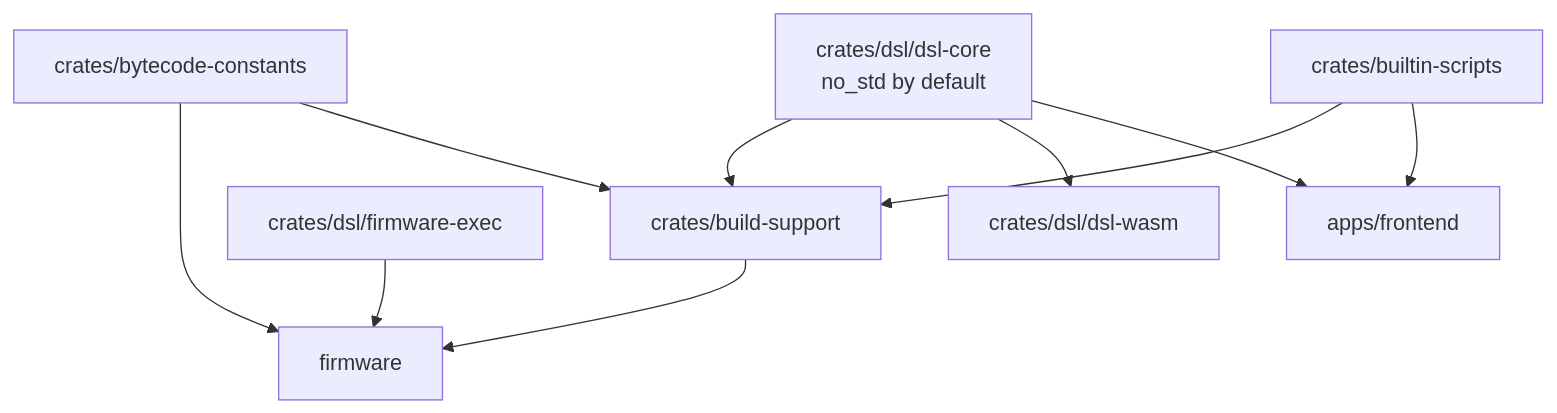
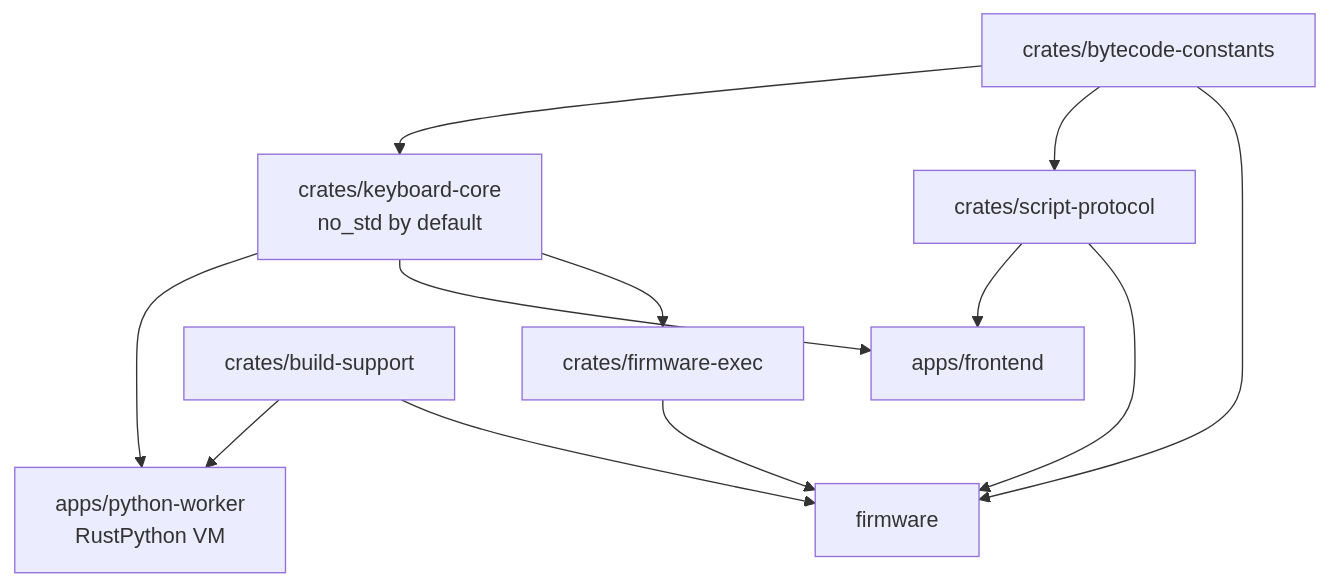
The second of 9 diagrams in docs/ARCHITECTURE.md (mapf0000/pico_plus_2w_blinky), drawn with Mermaid before and after one commit. The commit also changed other lines of this file and 108 other files, not shown here.

````diff
--- a/docs/ARCHITECTURE.md
+++ b/docs/ARCHITECTURE.md
@@ -84,21 +84,23 @@
 ```mermaid
 flowchart TD
-    Builtins[crates/builtin-scripts]
-    DSLCore["crates/dsl/dsl-core<br/>no_std by default"]
-    DSLWasm[crates/dsl/dsl-wasm]
-    FirmwareExec[crates/dsl/firmware-exec]
+    PythonWorker["apps/python-worker<br/>RustPython VM"]
+    KeyboardCore["crates/keyboard-core<br/>no_std by default"]
+    FirmwareExec[crates/firmware-exec]
+    ScriptProtocol[crates/script-protocol]
     Constants[crates/bytecode-constants]
     BuildSupport[crates/build-support]
     Frontend[apps/frontend]
     Firmware[firmware]
 
-    DSLCore --> Frontend
-    Builtins --> Frontend
-    DSLCore --> DSLWasm
-    DSLCore --> BuildSupport
-    Builtins --> BuildSupport
-    Constants --> BuildSupport
+    BuildSupport --> PythonWorker
     BuildSupport --> Firmware
+    KeyboardCore --> PythonWorker
+    KeyboardCore --> Frontend
+    KeyboardCore --> FirmwareExec
+    ScriptProtocol --> Frontend
+    ScriptProtocol --> Firmware
+    Constants --> KeyboardCore
+    Constants --> ScriptProtocol
     Constants --> Firmware
     FirmwareExec --> Firmware
 ```
````
